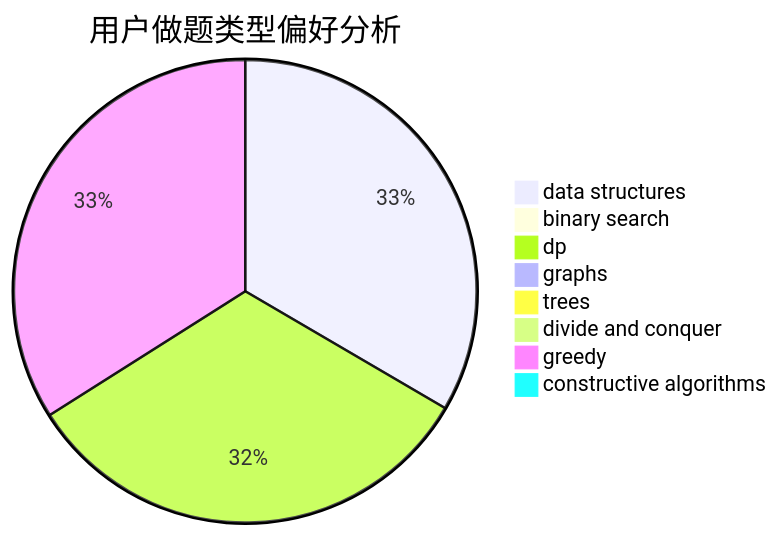
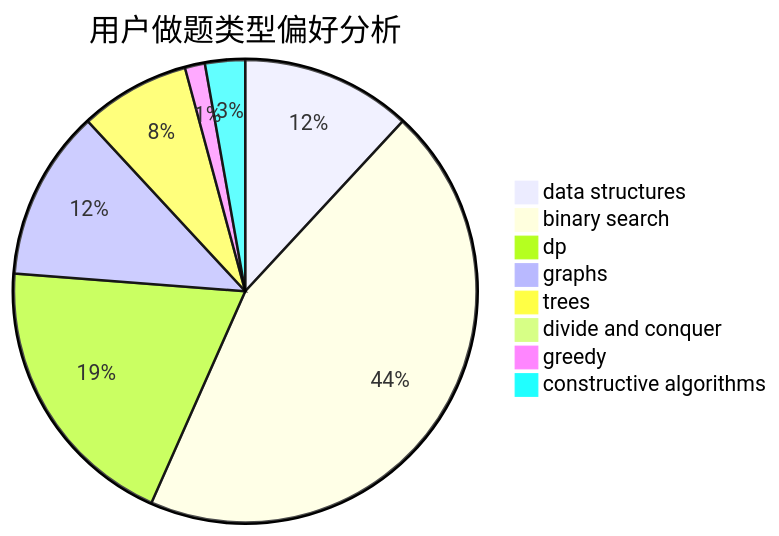
One commit to sherpahu/cfrs.github.io changed the second of 3 diagrams in docs/user/u1812.md. Above: the diagram before and after it, drawn with Mermaid. The commit also changed other lines of this file and 2770 other files, not shown here.

````diff
--- a/docs/user/u1812.md
+++ b/docs/user/u1812.md
@@ -23,11 +23,11 @@
 ```mermaid
 pie title 用户做题类型偏好分析
-    "data structures" :  361
-    "binary search" :  11
-    "dp" :  352
-    "graphs" :  3
-    "trees" :  1
-    "divide and conquer" :  3
-    "greedy" :  367
-    "constructive algorithms" :  8
+    "data structures" :  17
+    "binary search" :  64
+    "dp" :  28
+    "graphs" :  17
+    "trees" :  11
+    "divide and conquer" :  1
+    "greedy" :  2
+    "constructive algorithms" :  4
 ```
````
